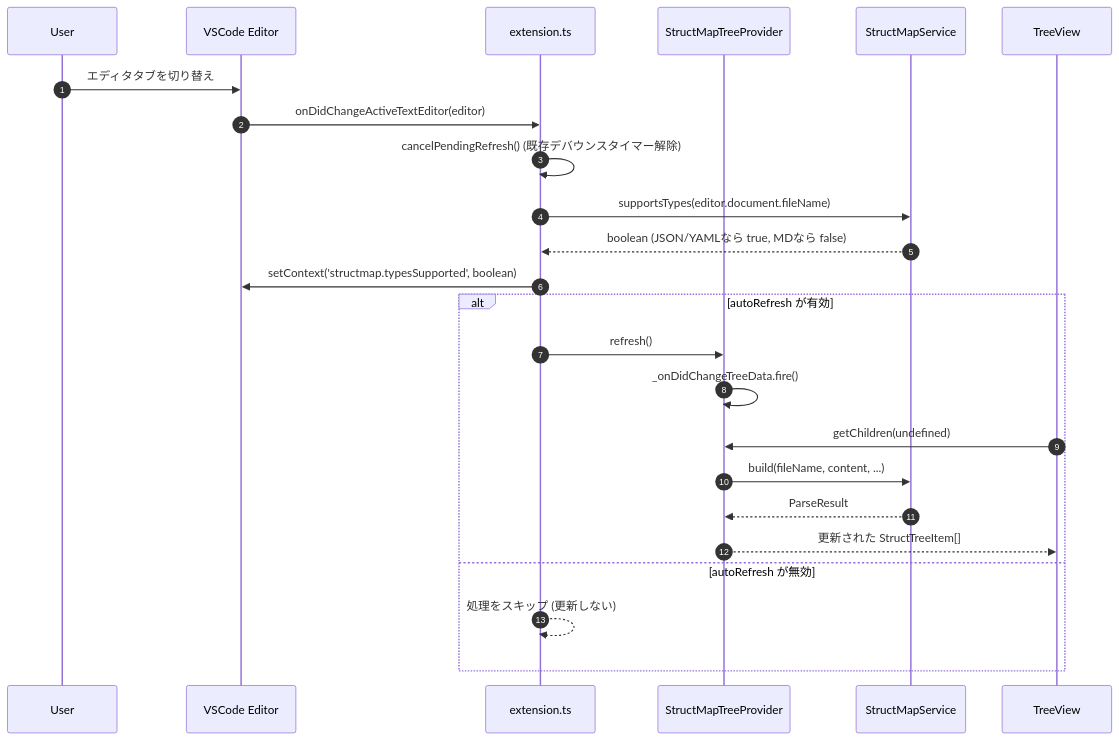
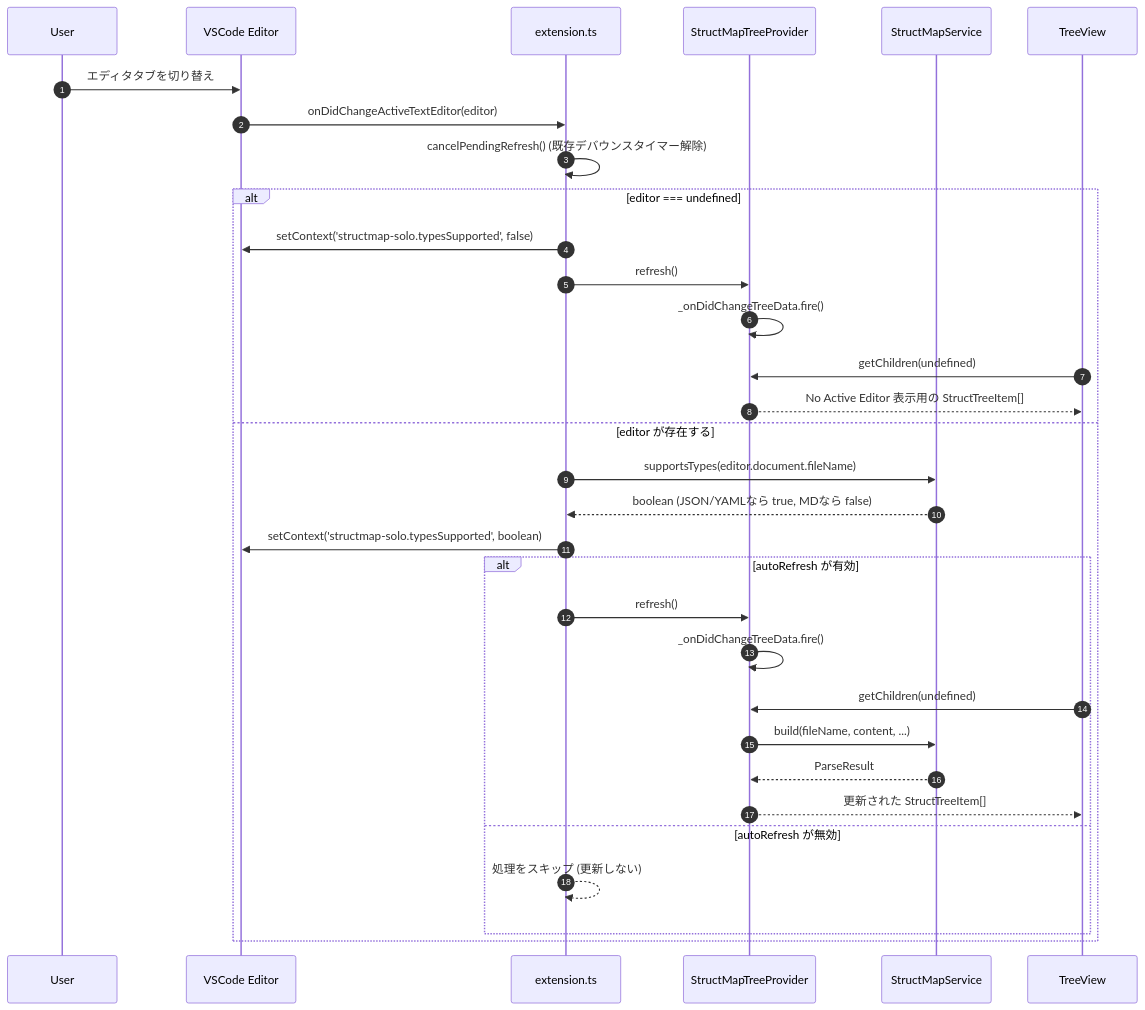
Before and after one commit to masanori-satake/StructMap-Solo: the second of 6 diagrams in docs/DATA_FLOW_AND_EVENTS.md, drawn with Mermaid. The commit also changed other lines of this file and 4 other files, not shown here.

````diff
--- a/docs/DATA_FLOW_AND_EVENTS.md
+++ b/docs/DATA_FLOW_AND_EVENTS.md
@@ -78,28 +78,36 @@
 ```mermaid
 sequenceDiagram
     autonumber
     participant U as User
     participant VS as VSCode Editor
     participant Ext as extension.ts
     participant TP as StructMapTreeProvider
     participant Svc as StructMapService
     participant TV as TreeView
 
     U->>VS: エディタタブを切り替え
     VS->>Ext: onDidChangeActiveTextEditor(editor)
     Ext->>Ext: cancelPendingRefresh() (既存デバウンスタイマー解除)
-    Ext->>Svc: supportsTypes(editor.document.fileName)
-    Svc-->>Ext: boolean (JSON/YAMLなら true, MDなら false)
-    Ext->>VS: setContext('structmap.typesSupported', boolean)
-
-    alt autoRefresh が有効
+    alt editor === undefined
+        Ext->>VS: setContext('structmap-solo.typesSupported', false)
         Ext->>TP: refresh()
         TP->>TP: _onDidChangeTreeData.fire()
         TV->>TP: getChildren(undefined)
-        TP->>Svc: build(fileName, content, ...)
-        Svc-->>TP: ParseResult
-        TP-->>TV: 更新された StructTreeItem[]
-    else autoRefresh が無効
-        Ext-->>Ext: 処理をスキップ (更新しない)
+        TP-->>TV: No Active Editor 表示用の StructTreeItem[]
+    else editor が存在する
+        Ext->>Svc: supportsTypes(editor.document.fileName)
+        Svc-->>Ext: boolean (JSON/YAMLなら true, MDなら false)
+        Ext->>VS: setContext('structmap-solo.typesSupported', boolean)
+
+        alt autoRefresh が有効
+            Ext->>TP: refresh()
+            TP->>TP: _onDidChangeTreeData.fire()
+            TV->>TP: getChildren(undefined)
+            TP->>Svc: build(fileName, content, ...)
+            Svc-->>TP: ParseResult
+            TP-->>TV: 更新された StructTreeItem[]
+        else autoRefresh が無効
+            Ext-->>Ext: 処理をスキップ (更新しない)
+        end
     end
 ```
````
